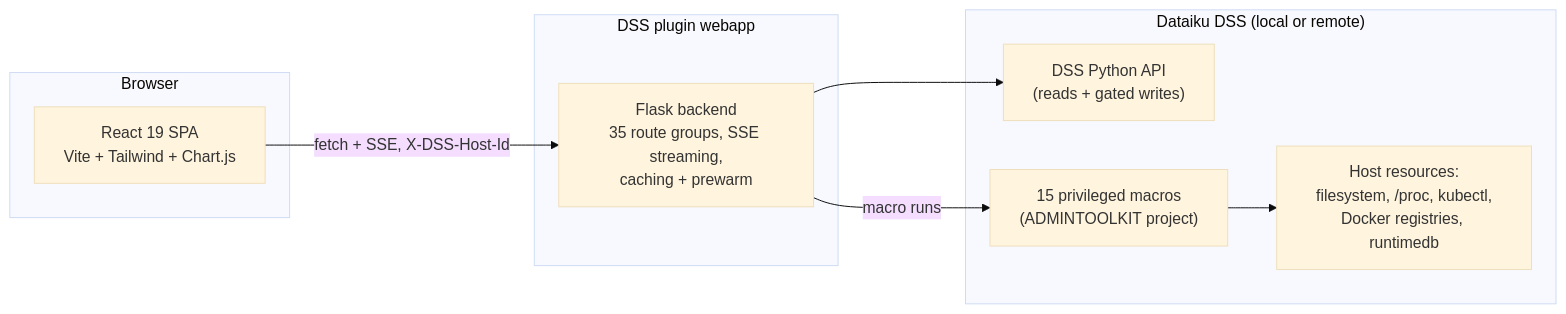
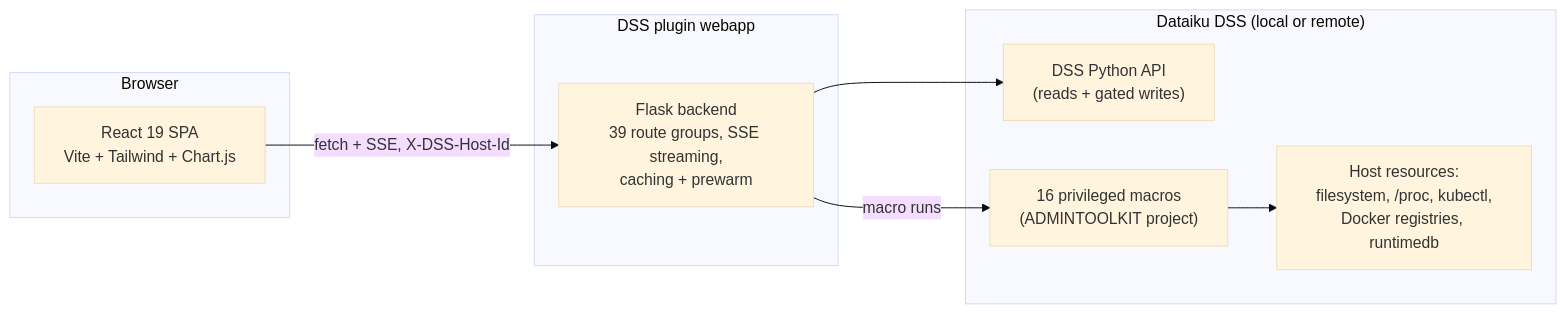
One commit to gozu/admin-toolkit changed the diagram in README.md. Above: the diagram before and after it, drawn with Mermaid (base theme). The commit also changed other lines of this file and 2 other files, not shown here.

````diff
--- a/README.md
+++ b/README.md
@@ -149,18 +152,18 @@
 ```mermaid
 flowchart LR
     subgraph Browser
         SPA["React 19 SPA<br/>Vite + Tailwind + Chart.js"]
     end
     subgraph Webapp["DSS plugin webapp"]
-        API["Flask backend<br/>35 route groups, SSE streaming,<br/>caching + prewarm"]
+        API["Flask backend<br/>39 route groups, SSE streaming,<br/>caching + prewarm"]
     end
     subgraph DSS["Dataiku DSS (local or remote)"]
         PYAPI["DSS Python API<br/>(reads + gated writes)"]
-        MACROS["15 privileged macros<br/>(ADMINTOOLKIT project)"]
+        MACROS["16 privileged macros<br/>(ADMINTOOLKIT project)"]
         HOST["Host resources:<br/>filesystem, /proc, kubectl,<br/>Docker registries, runtimedb"]
     end
     SPA -->|"fetch + SSE, X-DSS-Host-Id"| API
     API --> PYAPI
     API -->|macro runs| MACROS
     MACROS --> HOST
 ```
````
